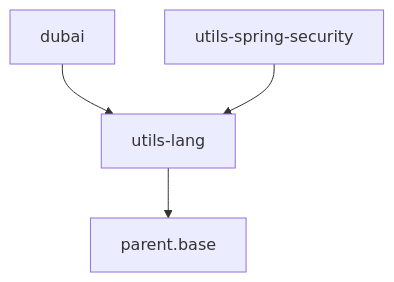
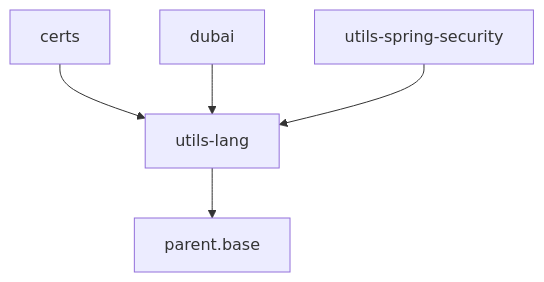
Before and after one commit to dbstarll/dbstarll.github.io: the diagram in README.md, drawn with Mermaid.

Commit message:
更新文档

````diff
--- a/README.md
+++ b/README.md
@@ -8,6 +8,7 @@
 ```mermaid
 graph TD;
     utils-lang-->parent.base;
+    certs-->utils-lang;
     dubai-->utils-lang;
     utils-spring-security-->utils-lang;
 ```
````
